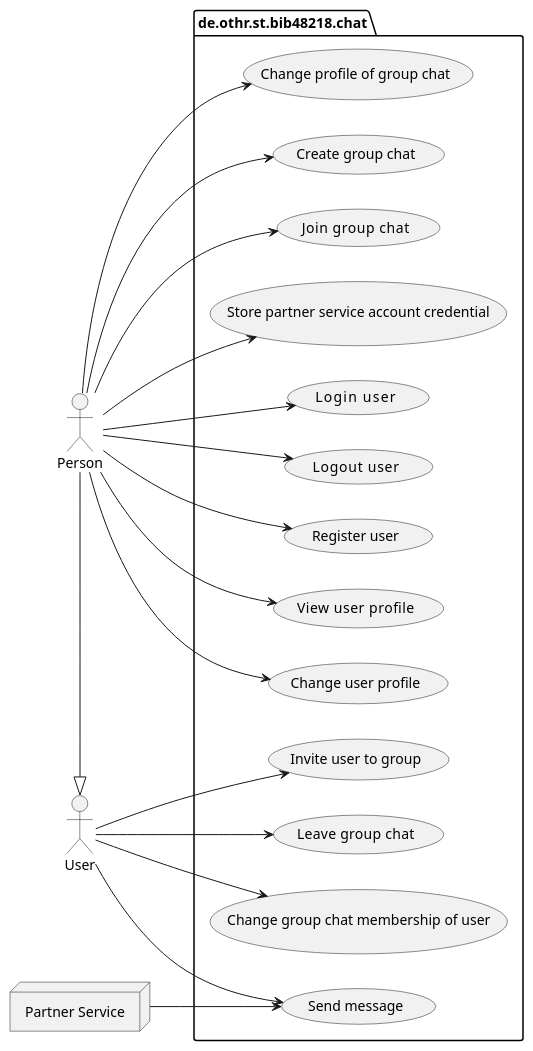
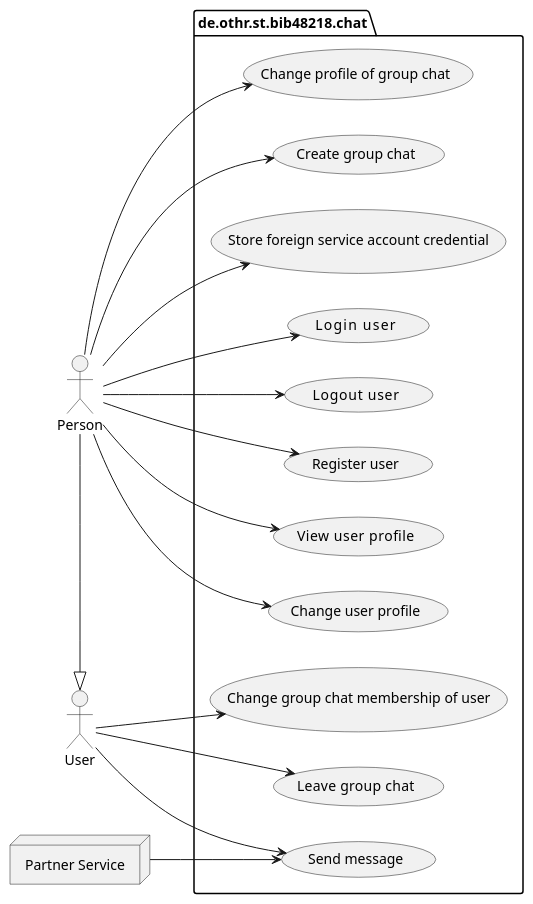
One commit to bbenno/oth-sw changed the diagram in src/doc/uml-usecase.puml. Above: the diagram before and after it, drawn with PlantUML. The commit also changed 3 other files, not shown here.

```diff
--- a/src/doc/uml-usecase.puml
+++ b/src/doc/uml-usecase.puml
@@ -1,37 +1,35 @@
 @startuml chat-usecase
 skinparam monochrome true
 left to right direction
 
 ' actors
 actor User
 actor Person
 ' note "Bot has no special usecases" as b
 node "Partner Service" as Service
 
 ' actor hierarchy
 User <|-left- Person
 
 ' use cases
 package "de.othr.st.bib48218.chat" {
   Person --> (Login    user)
   Person --> (Logout   user)
   Person --> (Register user)
 
   Person --> (View   user profile)
   Person --> (Change user profile)
   Person --> (Change profile of group chat)
 
   User    --> (Send message)
   Service --> (Send message) 
   
   User   --> (Leave  group chat)
   Person --> (Create group chat)
-  Person --> (Join   group chat)
 
   User --> (Change group chat membership of user)
-  User --> (Invite user to group)
 
   ' Connecting to partners use cases
-  Person --> (Store partner service account credential)
+  Person --> (Store foreign service account credential)
 }
 @enduml
```
